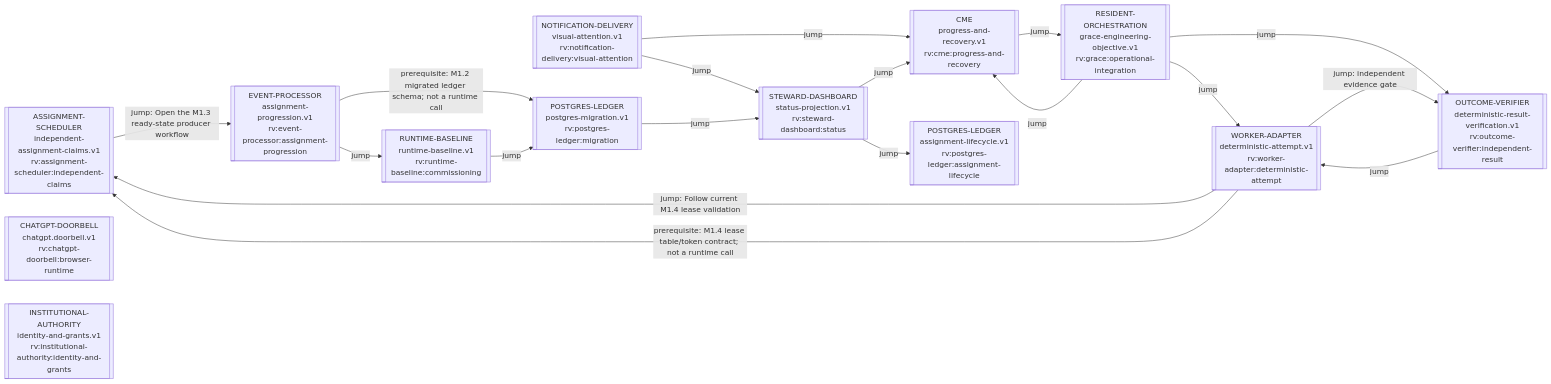
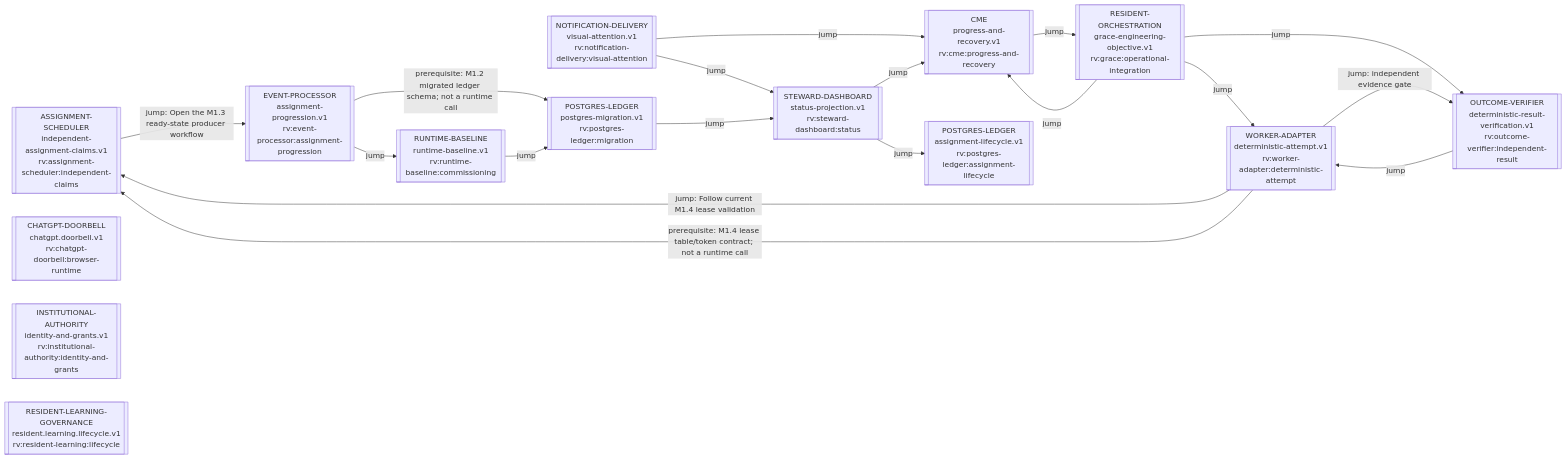
The diagram in process_graphs/generated/RIVERVIEW_PROCESS_GRAPH.md (ppow1/Riverview-), drawn with Mermaid before and after one commit. The commit also changed other lines of this file and 33 other files, not shown here.

Commit message:
Add bounded resident learning lifecycle and recovery guidance

````diff
--- a/process_graphs/generated/RIVERVIEW_PROCESS_GRAPH.md
+++ b/process_graphs/generated/RIVERVIEW_PROCESS_GRAPH.md
@@ -9,33 +9,34 @@
 ```mermaid
 flowchart LR
   g_rv_assignment_scheduler_independent_claims_88bd80c4[["ASSIGNMENT-SCHEDULER<br/>independent-assignment-claims.v1<br/>rv:assignment-scheduler:independent-claims"]]
   g_rv_chatgpt_doorbell_browser_runtime_b8102058[["CHATGPT-DOORBELL<br/>chatgpt.doorbell.v1<br/>rv:chatgpt-doorbell:browser-runtime"]]
   g_rv_cme_progress_and_recovery_402efffa[["CME<br/>progress-and-recovery.v1<br/>rv:cme:progress-and-recovery"]]
   g_rv_event_processor_assignment_progression_fa10db2d[["EVENT-PROCESSOR<br/>assignment-progression.v1<br/>rv:event-processor:assignment-progression"]]
   g_rv_grace_operational_integration_9989f0be[["RESIDENT-ORCHESTRATION<br/>grace-engineering-objective.v1<br/>rv:grace:operational-integration"]]
   g_rv_institutional_authority_identity_and_grants_05fdf0c5[["INSTITUTIONAL-AUTHORITY<br/>identity-and-grants.v1<br/>rv:institutional-authority:identity-and-grants"]]
   g_rv_notification_delivery_visual_attention_3f4f84d2[["NOTIFICATION-DELIVERY<br/>visual-attention.v1<br/>rv:notification-delivery:visual-attention"]]
   g_rv_outcome_verifier_independent_result_1d5c0875[["OUTCOME-VERIFIER<br/>deterministic-result-verification.v1<br/>rv:outcome-verifier:independent-result"]]
   g_rv_postgres_ledger_assignment_lifecycle_a9a01b67[["POSTGRES-LEDGER<br/>assignment-lifecycle.v1<br/>rv:postgres-ledger:assignment-lifecycle"]]
   g_rv_postgres_ledger_migration_4c89ef23[["POSTGRES-LEDGER<br/>postgres-migration.v1<br/>rv:postgres-ledger:migration"]]
+  g_rv_resident_learning_lifecycle_7a678edd[["RESIDENT-LEARNING-GOVERNANCE<br/>resident.learning.lifecycle.v1<br/>rv:resident-learning:lifecycle"]]
   g_rv_runtime_baseline_commissioning_46ff1ccf[["RUNTIME-BASELINE<br/>runtime-baseline.v1<br/>rv:runtime-baseline:commissioning"]]
   g_rv_steward_dashboard_status_75f7c259[["STEWARD-DASHBOARD<br/>status-projection.v1<br/>rv:steward-dashboard:status"]]
   g_rv_worker_adapter_deterministic_attempt_15d59b6f[["WORKER-ADAPTER<br/>deterministic-attempt.v1<br/>rv:worker-adapter:deterministic-attempt"]]
   g_rv_assignment_scheduler_independent_claims_88bd80c4 -->|jump: Open the M1.3 ready-state producer workflow| g_rv_event_processor_assignment_progression_fa10db2d
   g_rv_cme_progress_and_recovery_402efffa -->|jump| g_rv_grace_operational_integration_9989f0be
   g_rv_event_processor_assignment_progression_fa10db2d -->|prerequisite: M1.2 migrated ledger schema; not a runtime call| g_rv_postgres_ledger_migration_4c89ef23
   g_rv_event_processor_assignment_progression_fa10db2d -->|jump| g_rv_runtime_baseline_commissioning_46ff1ccf
   g_rv_grace_operational_integration_9989f0be -->|jump| g_rv_worker_adapter_deterministic_attempt_15d59b6f
   g_rv_grace_operational_integration_9989f0be -->|jump| g_rv_cme_progress_and_recovery_402efffa
   g_rv_grace_operational_integration_9989f0be -->|jump| g_rv_outcome_verifier_independent_result_1d5c0875
   g_rv_notification_delivery_visual_attention_3f4f84d2 -->|jump| g_rv_cme_progress_and_recovery_402efffa
   g_rv_notification_delivery_visual_attention_3f4f84d2 -->|jump| g_rv_steward_dashboard_status_75f7c259
   g_rv_outcome_verifier_independent_result_1d5c0875 -->|jump| g_rv_worker_adapter_deterministic_attempt_15d59b6f
   g_rv_postgres_ledger_migration_4c89ef23 -->|jump| g_rv_steward_dashboard_status_75f7c259
   g_rv_runtime_baseline_commissioning_46ff1ccf -->|jump| g_rv_postgres_ledger_migration_4c89ef23
   g_rv_steward_dashboard_status_75f7c259 -->|jump| g_rv_postgres_ledger_assignment_lifecycle_a9a01b67
   g_rv_steward_dashboard_status_75f7c259 -->|jump| g_rv_cme_progress_and_recovery_402efffa
   g_rv_worker_adapter_deterministic_attempt_15d59b6f -->|jump: Follow current M1.4 lease validation| g_rv_assignment_scheduler_independent_claims_88bd80c4
   g_rv_worker_adapter_deterministic_attempt_15d59b6f -->|prerequisite: M1.4 lease table/token contract; not a runtime call| g_rv_assignment_scheduler_independent_claims_88bd80c4
   g_rv_worker_adapter_deterministic_attempt_15d59b6f -->|jump: independent evidence gate| g_rv_outcome_verifier_independent_result_1d5c0875
 ```
````
